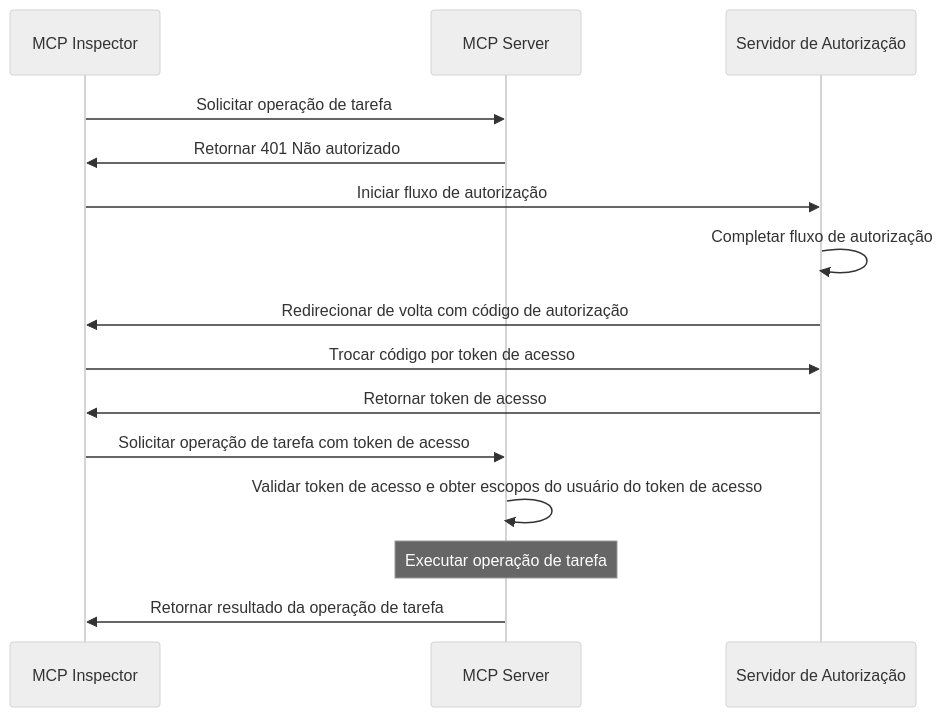
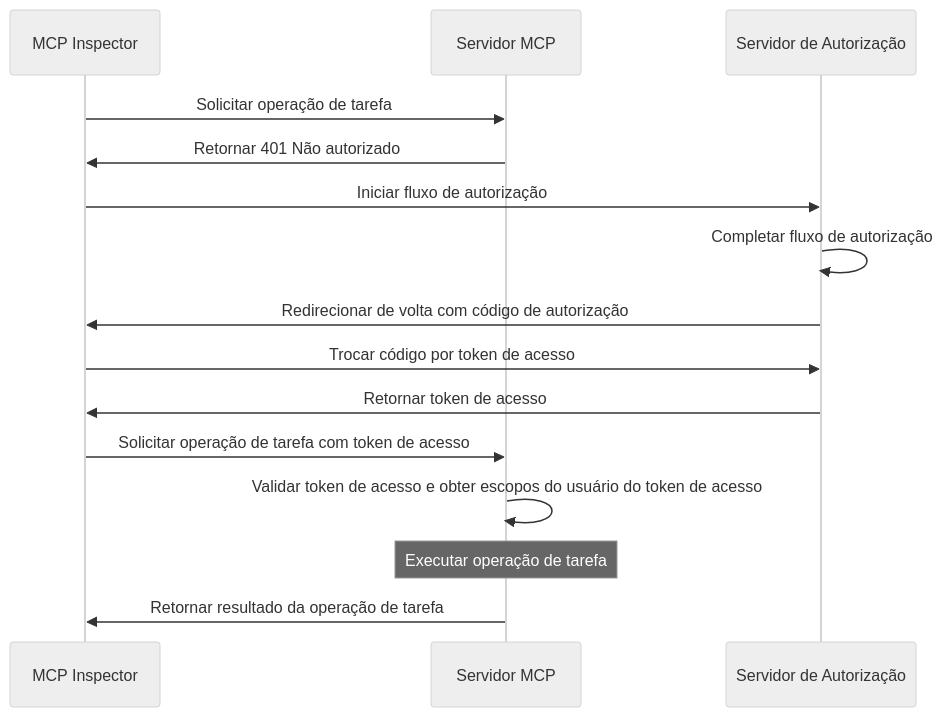
Before and after one commit to mcp-auth/docs: the first of 2 diagrams in i18n/pt-BR/docusaurus-plugin-content-docs/current/tutorials/todo-manager/README.mdx, drawn with Mermaid (neutral theme). The commit also changed other lines of this file and 17 other files, not shown here.

````diff
--- a/i18n/pt-BR/docusaurus-plugin-content-docs/current/tutorials/todo-manager/README.mdx
+++ b/i18n/pt-BR/docusaurus-plugin-content-docs/current/tutorials/todo-manager/README.mdx
@@ -35,18 +35,18 @@
 ```mermaid
 sequenceDiagram
     participant Client as MCP Inspector
-    participant Server as MCP Server
+    participant Server as Servidor MCP
     participant Auth as Servidor de Autorização
 
     Client->>Server: Solicitar operação de tarefa
     Server->>Client: Retornar 401 Não autorizado
     Client->>Auth: Iniciar fluxo de autorização
     Auth->>Auth: Completar fluxo de autorização
     Auth->>Client: Redirecionar de volta com código de autorização
     Client->>Auth: Trocar código por token de acesso
     Auth->>Client: Retornar token de acesso
     Client->>Server: Solicitar operação de tarefa com token de acesso
     Server->>Server: Validar token de acesso e obter escopos do usuário do token de acesso
     Note over Server: Executar operação de tarefa
     Server->>Client: Retornar resultado da operação de tarefa
 ```
````
